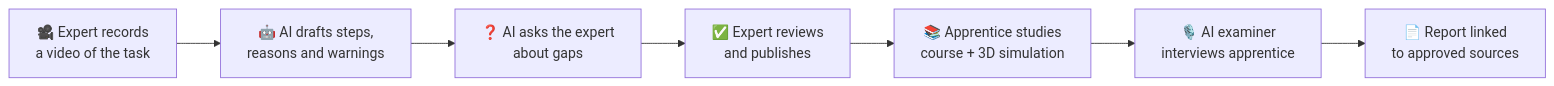
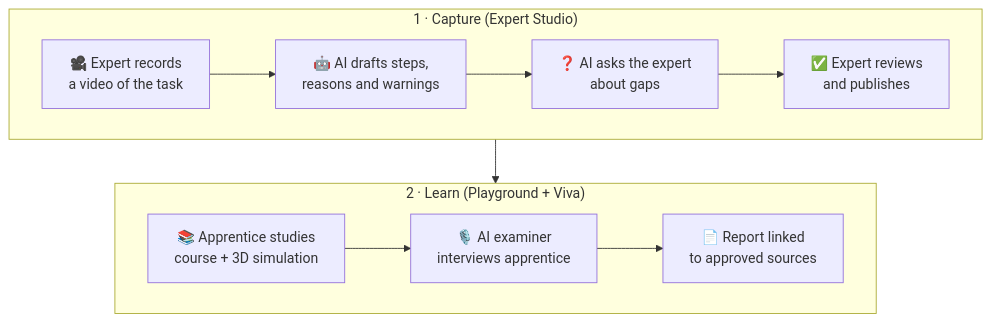
The first of 2 diagrams in README.md (aktionknight/JETRO-3), drawn with Mermaid before and after one commit.

Commit message:
docs: split README flow diagram into capture and learn rows

````diff
--- a/README.md
+++ b/README.md
@@ -24,9 +24,15 @@
 ```mermaid
-flowchart LR
-  A["🎥 Expert records<br>a video of the task"] --> B["🤖 AI drafts steps,<br>reasons and warnings"]
-  B --> C["❓ AI asks the expert<br>about gaps"]
-  C --> D["✅ Expert reviews<br>and publishes"]
-  D --> E["📚 Apprentice studies<br>course + 3D simulation"]
-  E --> F["🎙️ AI examiner<br>interviews apprentice"]
-  F --> G["📄 Report linked<br>to approved sources"]
+flowchart TB
+  subgraph S1["1 · Capture (Expert Studio)"]
+    direction LR
+    A["🎥 Expert records<br>a video of the task"] --> B["🤖 AI drafts steps,<br>reasons and warnings"]
+    B --> C["❓ AI asks the expert<br>about gaps"]
+    C --> D["✅ Expert reviews<br>and publishes"]
+  end
+  subgraph S2["2 · Learn (Playground + Viva)"]
+    direction LR
+    E["📚 Apprentice studies<br>course + 3D simulation"] --> F["🎙️ AI examiner<br>interviews apprentice"]
+    F --> G["📄 Report linked<br>to approved sources"]
+  end
+  S1 --> S2
 ```
````
